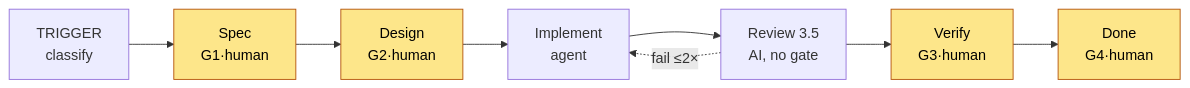
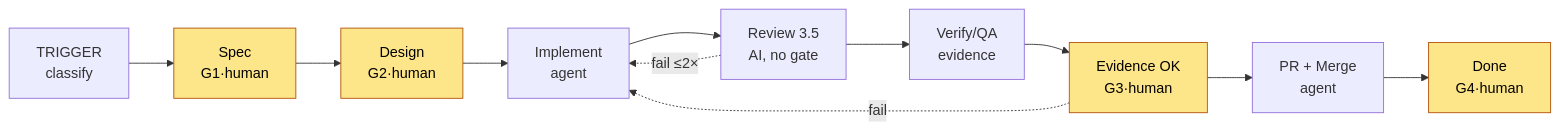
One commit to tiket-sampai-nonton/rusuh-booking-mobile changed the first of 3 diagrams in .genesis/workflow/WORKFLOW.md. Above: the diagram before and after it, drawn with Mermaid. The commit also changed other lines of this file and 11 other files, not shown here.

Commit message:
docs: reorder workflow to evidence-first — QA + G3 gate PR creation (QA before In Review)

````diff
--- a/.genesis/workflow/WORKFLOW.md
+++ b/.genesis/workflow/WORKFLOW.md
@@ -32,7 +38,8 @@
 ```mermaid
 flowchart LR
-    T[TRIGGER<br/>classify] --> S[Spec<br/>G1·human] --> D[Design<br/>G2·human] --> I[Implement<br/>agent] --> R[Review 3.5<br/>AI, no gate] --> V[Verify<br/>G3·human] --> N[Done<br/>G4·human]
+    T[TRIGGER<br/>classify] --> S[Spec<br/>G1·human] --> D[Design<br/>G2·human] --> I[Implement<br/>agent] --> R[Review 3.5<br/>AI, no gate] --> V[Verify/QA<br/>evidence] --> G3[Evidence OK<br/>G3·human] --> P[PR + Merge<br/>agent] --> N[Done<br/>G4·human]
     R -. fail ≤2× .-> I
+    G3 -. fail .-> I
     classDef gate fill:#fde68a,stroke:#b45309,color:#000;
-    class S,D,V,N gate;
+    class S,D,G3,N gate;
 ```
````
